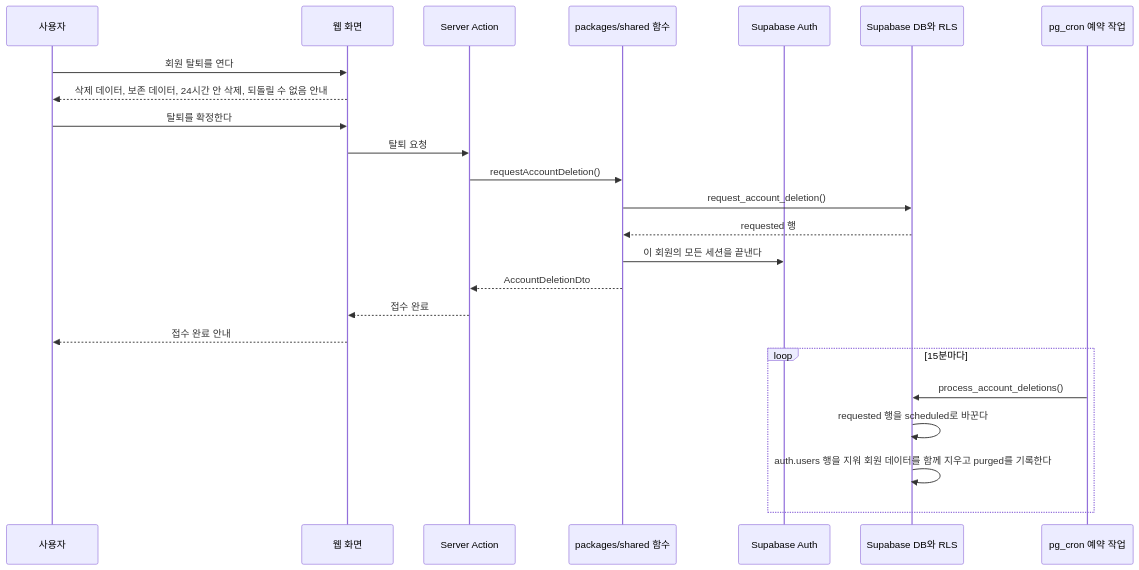
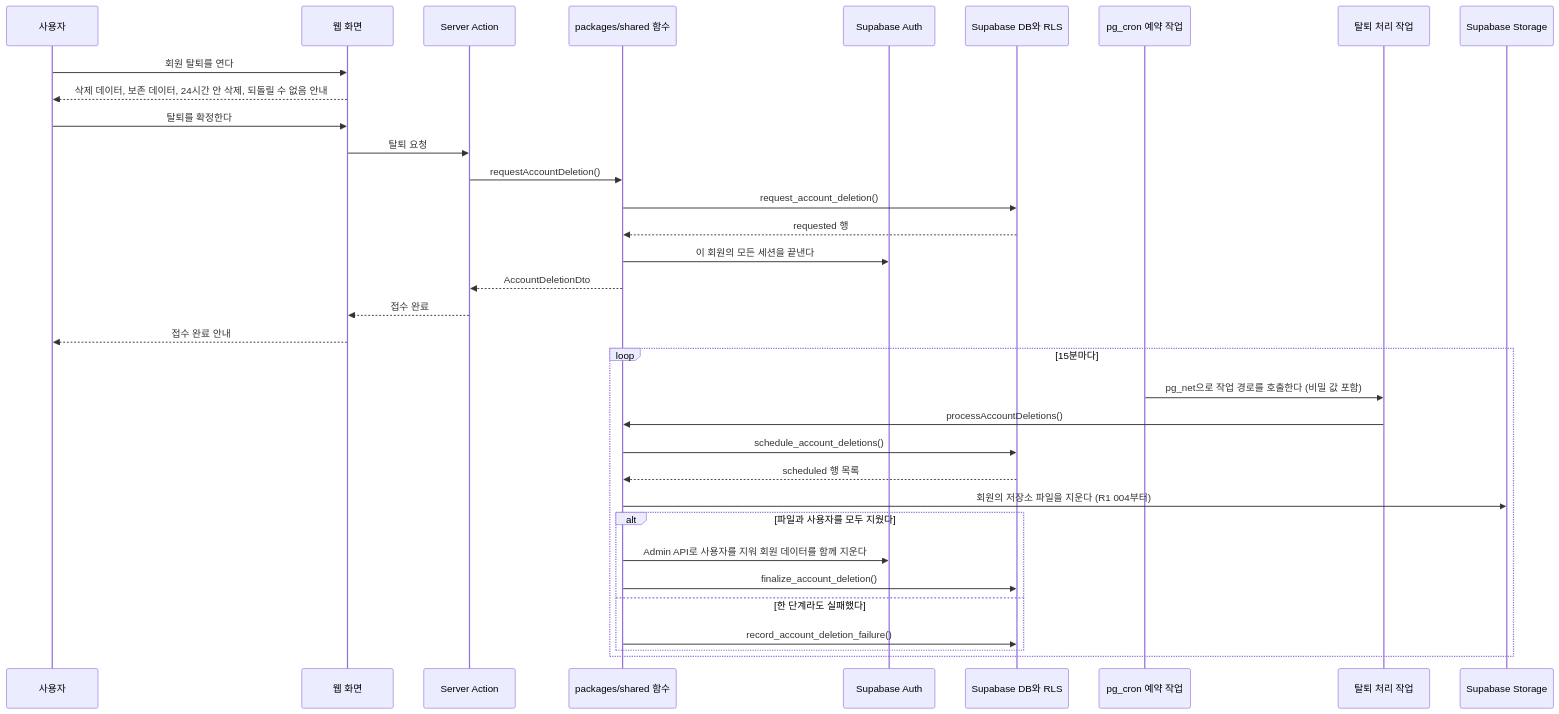
One commit to god3v/hamtteukka changed the sixth of 9 diagrams in docs/specs/001-account/design/sequence.md. Above: the diagram before and after it, drawn with Mermaid. The commit also changed other lines of this file and 4 other files, not shown here.

````diff
--- a/docs/specs/001-account/design/sequence.md
+++ b/docs/specs/001-account/design/sequence.md
@@ -201,26 +201,36 @@
 ```mermaid
 sequenceDiagram
   participant User as 사용자
   participant Web as 웹 화면
   participant Action as Server Action
   participant Shared as packages/shared 함수
   participant Auth as Supabase Auth
   participant DB as Supabase DB와 RLS
   participant Cron as pg_cron 예약 작업
+  participant Job as 탈퇴 처리 작업
+  participant Storage as Supabase Storage
   User->>Web: 회원 탈퇴를 연다
   Web-->>User: 삭제 데이터, 보존 데이터, 24시간 안 삭제, 되돌릴 수 없음 안내
   User->>Web: 탈퇴를 확정한다
   Web->>Action: 탈퇴 요청
   Action->>Shared: requestAccountDeletion()
   Shared->>DB: request_account_deletion()
   DB-->>Shared: requested 행
   Shared->>Auth: 이 회원의 모든 세션을 끝낸다
   Shared-->>Action: AccountDeletionDto
   Action-->>Web: 접수 완료
   Web-->>User: 접수 완료 안내
   loop 15분마다
-    Cron->>DB: process_account_deletions()
-    DB->>DB: requested 행을 scheduled로 바꾼다
-    DB->>DB: auth.users 행을 지워 회원 데이터를 함께 지우고 purged를 기록한다
+    Cron->>Job: pg_net으로 작업 경로를 호출한다 (비밀 값 포함)
+    Job->>Shared: processAccountDeletions()
+    Shared->>DB: schedule_account_deletions()
+    DB-->>Shared: scheduled 행 목록
+    Shared->>Storage: 회원의 저장소 파일을 지운다 (R1 004부터)
+    alt 파일과 사용자를 모두 지웠다
+      Shared->>Auth: Admin API로 사용자를 지워 회원 데이터를 함께 지운다
+      Shared->>DB: finalize_account_deletion()
+    else 한 단계라도 실패했다
+      Shared->>DB: record_account_deletion_failure()
+    end
   end
 ```
````
